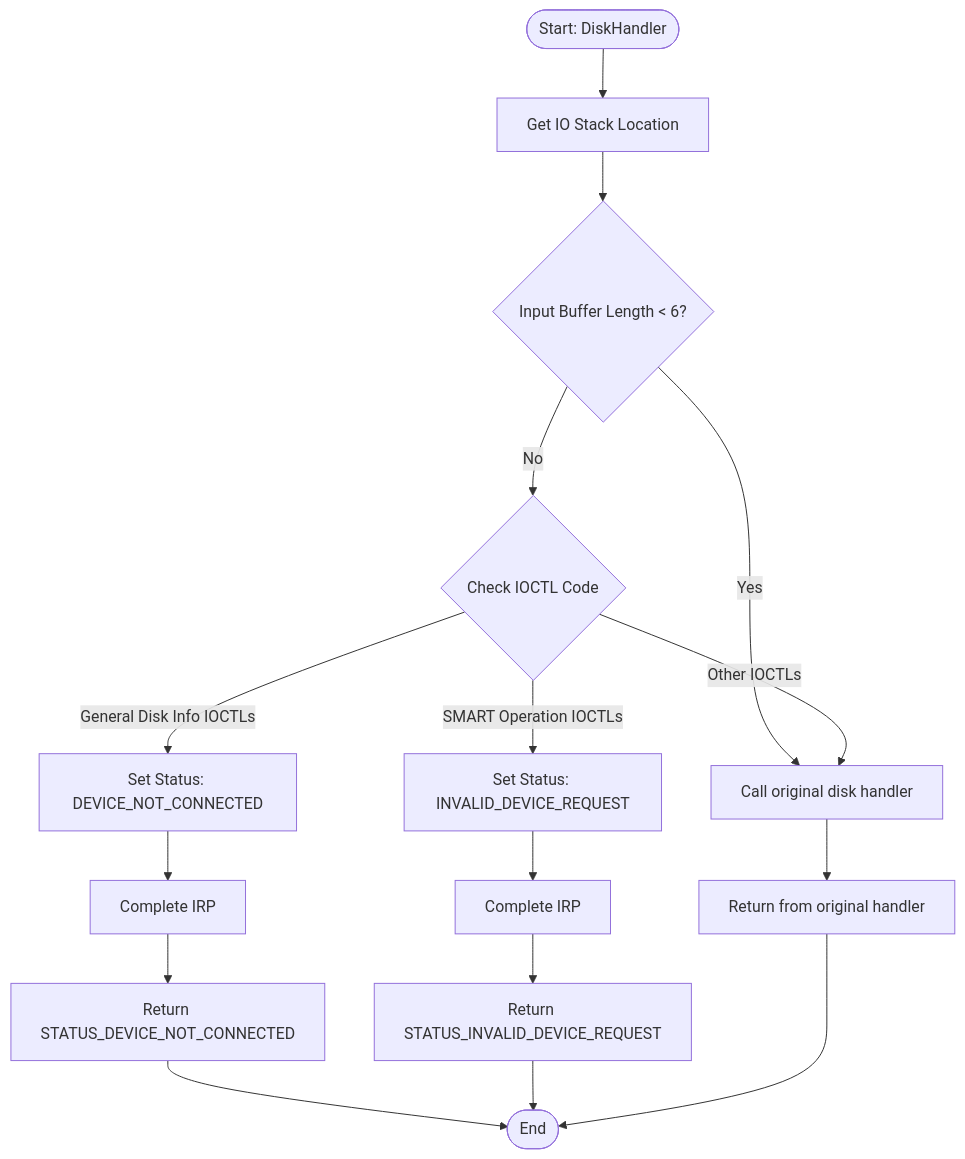
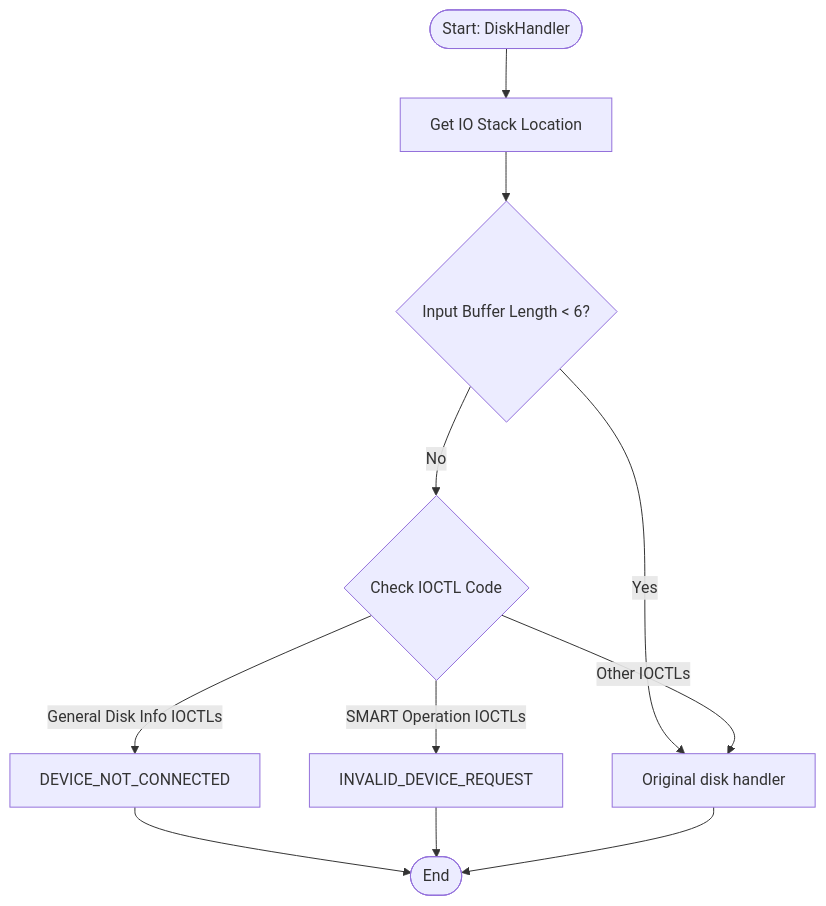
The third of 4 diagrams in README.md (Arty3/Battleye-HWID-Spoofer), drawn with Mermaid before and after one commit. The commit also changed other lines of this file, not shown here.

````diff
--- a/README.md
+++ b/README.md
@@ -285,23 +282,18 @@
 ```mermaid
 flowchart TD
 	Start([Start: DiskHandler]) --> GetStack[Get IO Stack Location]
 	GetStack --> CheckBuffer{Input Buffer Length < 6?}
 	
-	CheckBuffer -->|Yes| OrigHandler[Call original disk handler]
+	CheckBuffer -->|Yes| ReturnOrig[Original disk handler]
 	CheckBuffer -->|No| CheckIOCTL{Check IOCTL Code}
 	
-	CheckIOCTL -->|General Disk Info IOCTLs| DiskInfo[Set Status: DEVICE_NOT_CONNECTED]
-	DiskInfo --> CompleteRequest1[Complete IRP]
-	CompleteRequest1 --> ReturnDNC[Return STATUS_DEVICE_NOT_CONNECTED]
+	CheckIOCTL -->|General Disk Info IOCTLs| DiskInfo[DEVICE_NOT_CONNECTED]
 	
-	CheckIOCTL -->|SMART Operation IOCTLs| SmartOp[Set Status: INVALID_DEVICE_REQUEST]
-	SmartOp --> CompleteRequest2[Complete IRP]
-	CompleteRequest2 --> ReturnIDR[Return STATUS_INVALID_DEVICE_REQUEST]
+	CheckIOCTL -->|SMART Operation IOCTLs| SmartOp[INVALID_DEVICE_REQUEST]
 	
-	CheckIOCTL -->|Other IOCTLs| OrigHandler
-	OrigHandler --> ReturnOrig[Return from original handler]
+	CheckIOCTL -->|Other IOCTLs| ReturnOrig
 	
-	ReturnDNC --> End([End])
-	ReturnIDR --> End
+	DiskInfo --> End([End])
+	SmartOp --> End
 	ReturnOrig --> End
 ```
````
